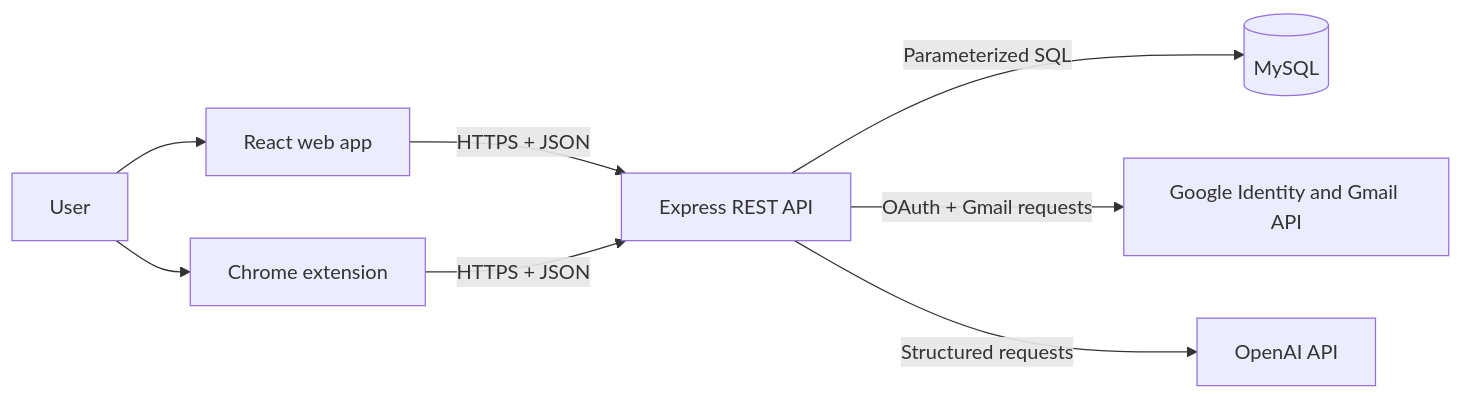
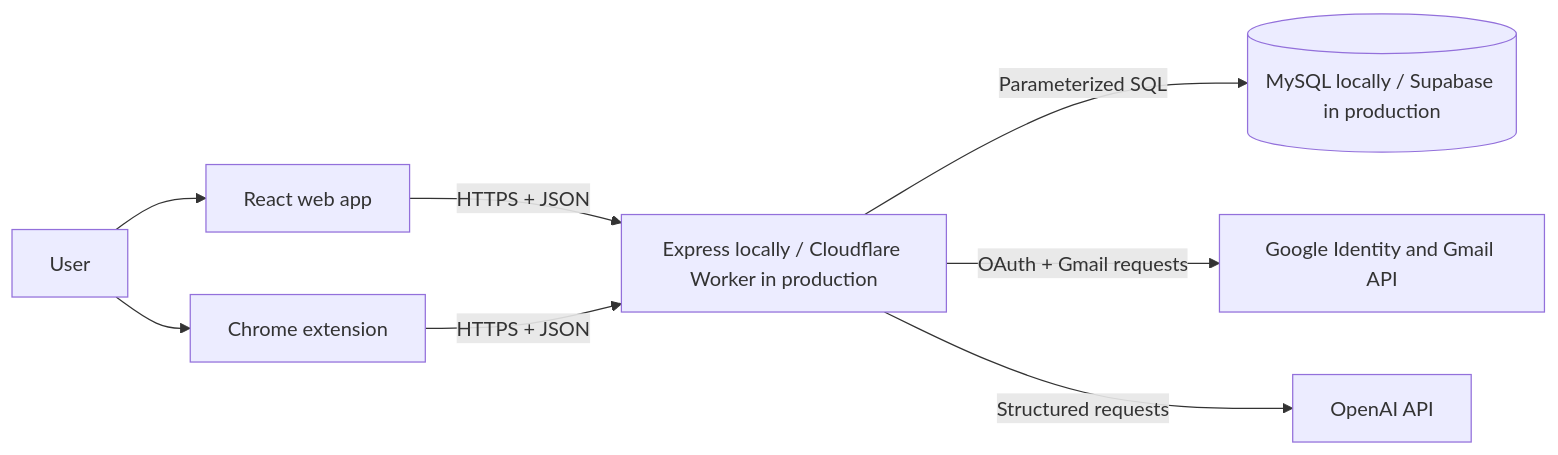
The first of 3 diagrams in docs/architecture.md (Twilight1126/Concourse), drawn with Mermaid before and after one commit. The commit also changed other lines of this file and 28 other files, not shown here.

````diff
--- a/docs/architecture.md
+++ b/docs/architecture.md
@@ -53,18 +51,18 @@
 ```mermaid
 flowchart LR
     U[User]
     W[React web app]
     X[Chrome extension]
-    A[Express REST API]
-    D[(MySQL)]
+    A[Express locally / Cloudflare Worker in production]
+    D[(MySQL locally / Supabase in production)]
     G[Google Identity and Gmail API]
     O[OpenAI API]
 
     U --> W
     U --> X
     W -->|HTTPS + JSON| A
     X -->|HTTPS + JSON| A
     A -->|Parameterized SQL| D
     A -->|OAuth + Gmail requests| G
     A -->|Structured requests| O
 ```
````
